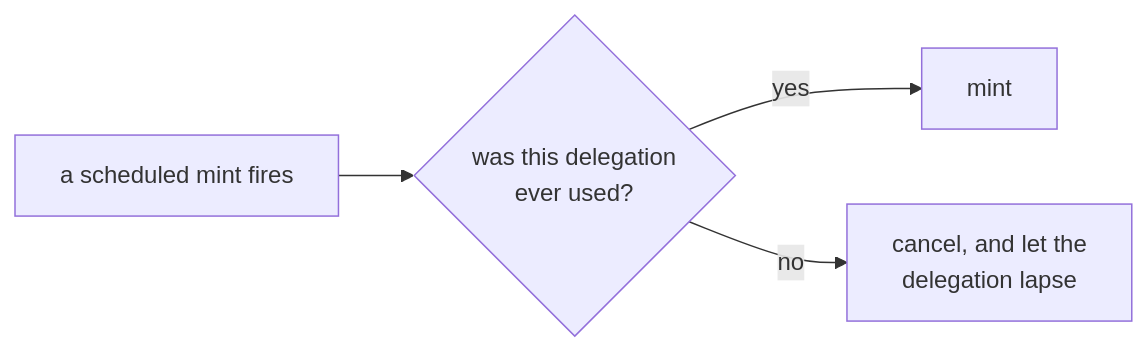
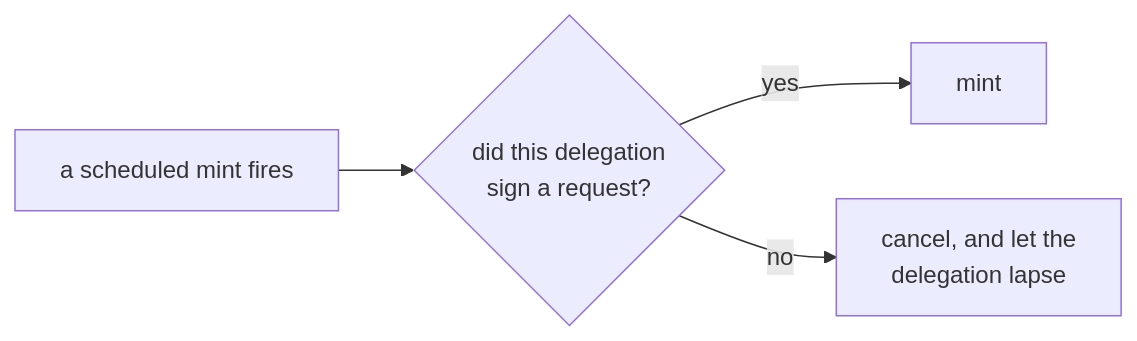
One commit to dfinity/internet-identity changed the third of 4 diagrams in docs/ongoing/client-app-sessions-spec.md. Above: the diagram before and after it, drawn with Mermaid. The commit also changed other lines of this file and 1 other file, not shown here.

First line of the commit message:
docs: say that each delegation earns only the next refresh

````diff
--- a/docs/ongoing/client-app-sessions-spec.md
+++ b/docs/ongoing/client-app-sessions-spec.md
@@ -97,6 +97,6 @@
 ```mermaid
 flowchart LR
-    T["a scheduled mint fires"] --> Q{"was this delegation<br/>ever used?"}
+    T["a scheduled mint fires"] --> Q{"did this delegation<br/>sign a request?"}
     Q -->|"yes"| M["mint"]
     Q -->|"no"| X["cancel, and let the<br/>delegation lapse"]
 ```
````
